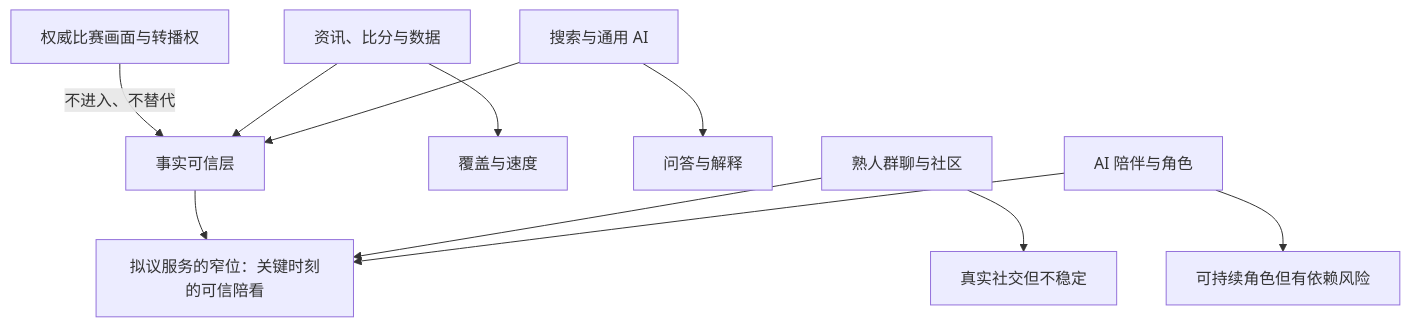
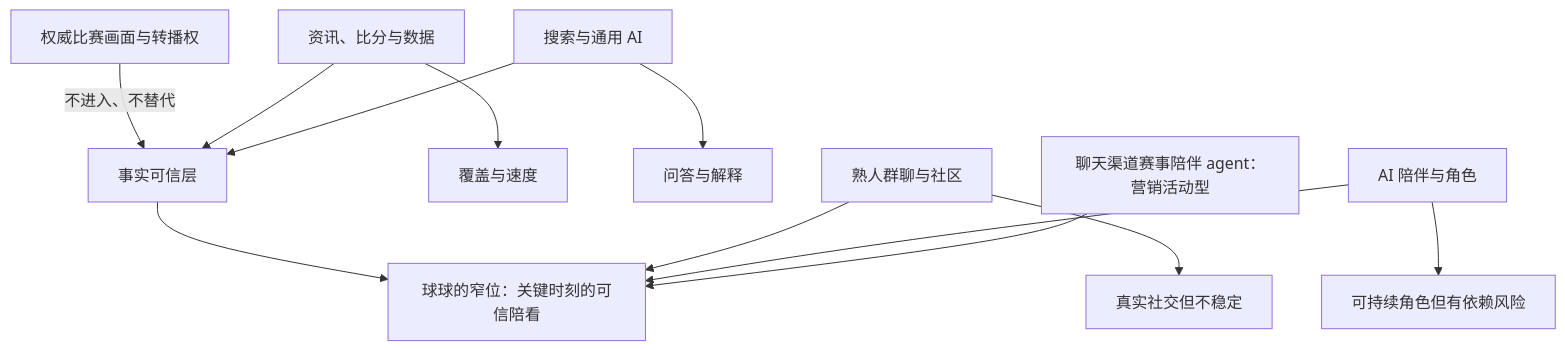
One commit to weiz98417-crypto/qiuqiu changed the first of 2 diagrams in docs/球球全套资料/1.市场洞察与战略定位/03-竞品格局与差异化机会.md. Above: the diagram before and after it, drawn with Mermaid. The commit also changed other lines of this file and 10 other files, not shown here.

````diff
--- a/docs/球球全套资料/1.市场洞察与战略定位/03-竞品格局与差异化机会.md
+++ b/docs/球球全套资料/1.市场洞察与战略定位/03-竞品格局与差异化机会.md
@@ -88,13 +72,14 @@
 ```mermaid
 flowchart TD
     A[权威比赛画面与转播权] -->|不进入、不替代| B[事实可信层]
     C[资讯、比分与数据] --> B
     D[搜索与通用 AI] --> B
     C --> E[覆盖与速度]
     D --> F[问答与解释]
-    B --> G[拟议服务的窄位：关键时刻的可信陪看]
+    B --> G[球球的窄位：关键时刻的可信陪看]
     H[熟人群聊与社区] --> G
     I[AI 陪伴与角色] --> G
-    H --> J[真实社交但不稳定]
-    I --> K[可持续角色但有依赖风险]
+    J[聊天渠道赛事陪伴 agent：营销活动型] --> G
+    H --> K[真实社交但不稳定]
+    I --> L[可持续角色但有依赖风险]
 ```
````
